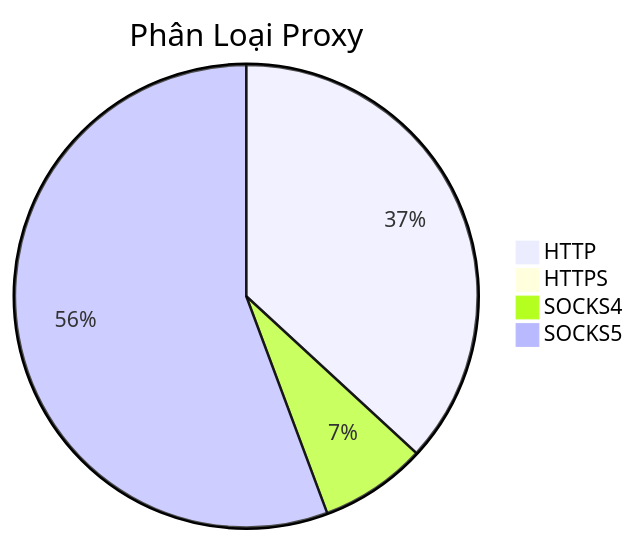
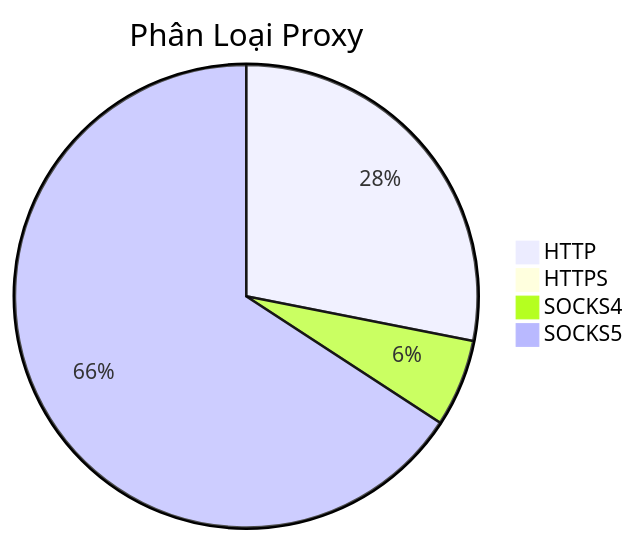
The diagram in README.md (Ciara-12/PROXY-free), drawn with Mermaid before and after one commit. The commit also changed other lines of this file and 3 other files, not shown here.

````diff
--- a/README.md
+++ b/README.md
@@ -26,7 +26,7 @@
 ```mermaid
 pie title Phân Loại Proxy
-    "HTTP" : 1319
+    "HTTP" : 1464
     "HTTPS" : 0
-    "SOCKS4" : 267
-    "SOCKS5" : 1993
+    "SOCKS4" : 318
+    "SOCKS5" : 3428
 ```
````
